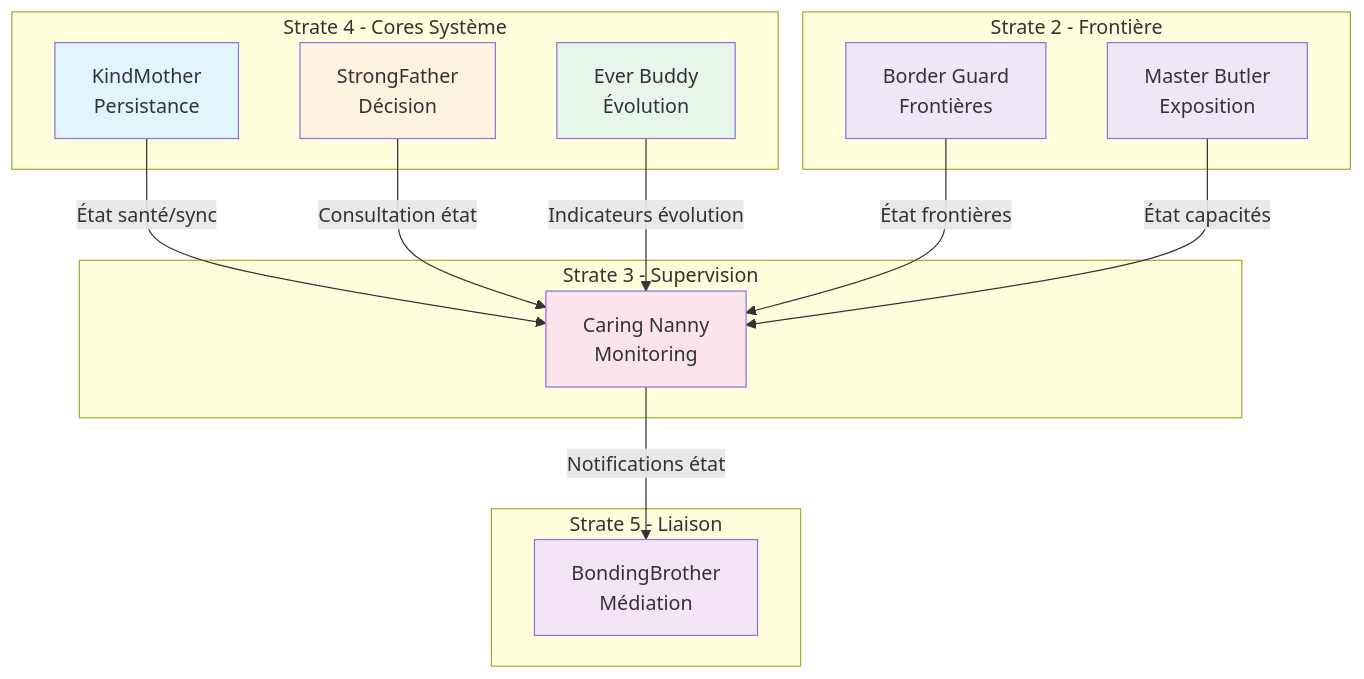
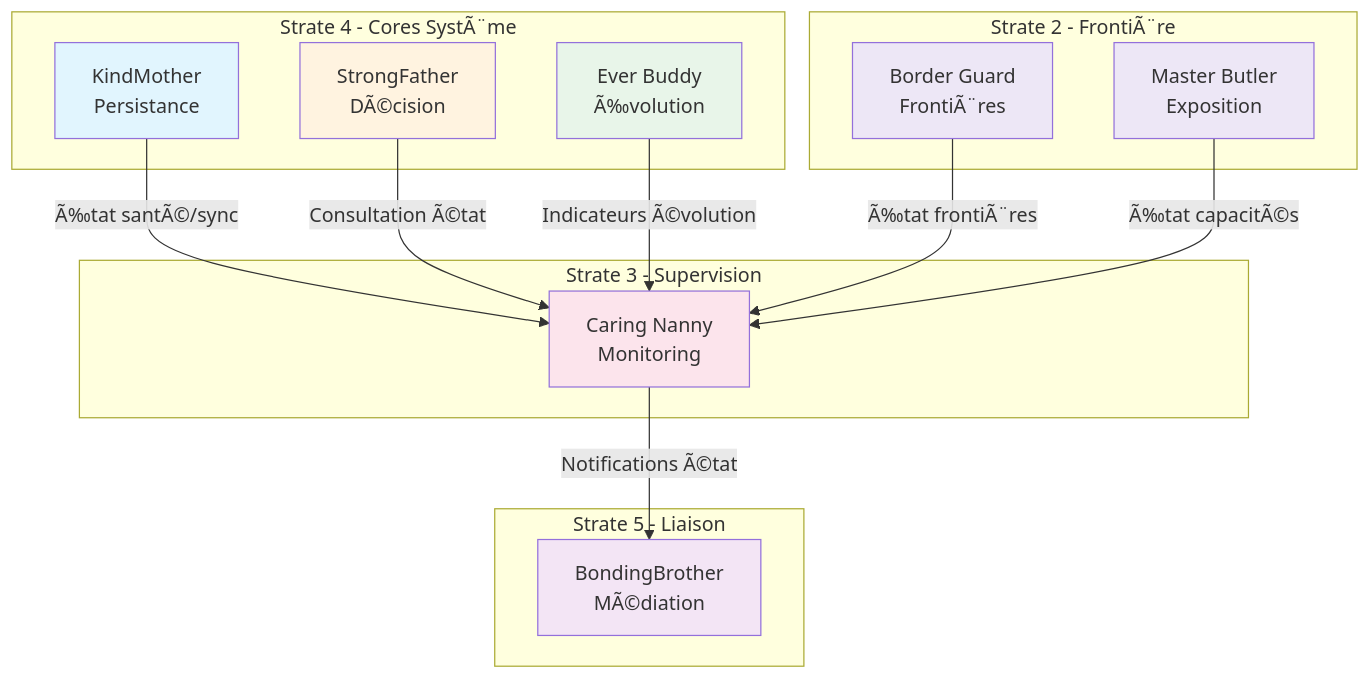
One commit to StudioMiyukini/miyukini_cog changed the diagram in docs/cores/CaringNanny/_index.md. Above: the diagram before and after it, drawn with Mermaid. The commit also changed other lines of this file and 1287 other files, not shown here.

````diff
--- a/docs/cores/CaringNanny/_index.md
+++ b/docs/cores/CaringNanny/_index.md
@@ -155,42 +155,42 @@
 ```mermaid
 graph TB
-    subgraph Strate4[Strate 4 - Cores Système]
-        SF[StrongFather<br/>Décision]
+    subgraph Strate4[Strate 4 - Cores SystÃ¨me]
+        SF[StrongFather<br/>DÃ©cision]
         KM[KindMother<br/>Persistance]
-        EB[Ever Buddy<br/>Évolution]
+        EB[Ever Buddy<br/>Ã‰volution]
     end
 
     subgraph Strate3[Strate 3 - Supervision]
         CN[Caring Nanny<br/>Monitoring]
     end
 
     subgraph Strate5[Strate 5 - Liaison]
-        BB[BondingBrother<br/>Médiation]
+        BB[BondingBrother<br/>MÃ©diation]
     end
 
-    subgraph Strate2[Strate 2 - Frontière]
-        BG[Border Guard<br/>Frontières]
+    subgraph Strate2[Strate 2 - FrontiÃ¨re]
+        BG[Border Guard<br/>FrontiÃ¨res]
         MB[Master Butler<br/>Exposition]
     end
 
-    KM -->|"État santé/sync"| CN
-    SF -->|"Consultation état"| CN
-    CN -->|"Notifications état"| BB
-    EB -->|"Indicateurs évolution"| CN
-    BG -->|"État frontières"| CN
-    MB -->|"État capacités"| CN
+    KM -->|"Ã‰tat santÃ©/sync"| CN
+    SF -->|"Consultation Ã©tat"| CN
+    CN -->|"Notifications Ã©tat"| BB
+    EB -->|"Indicateurs Ã©volution"| CN
+    BG -->|"Ã‰tat frontiÃ¨res"| CN
+    MB -->|"Ã‰tat capacitÃ©s"| CN
 
     classDef coreObservation fill:#fce4ec
     classDef coreData fill:#e1f5fe
     classDef coreDecision fill:#fff3e0
     classDef coreEvolution fill:#e8f5e9
     classDef liaison fill:#f3e5f5
     classDef frontier fill:#ede7f6
 
     class CN coreObservation
     class KM coreData
     class SF coreDecision
     class EB coreEvolution
     class BB liaison
     class BG,MB frontier
 ```
````
